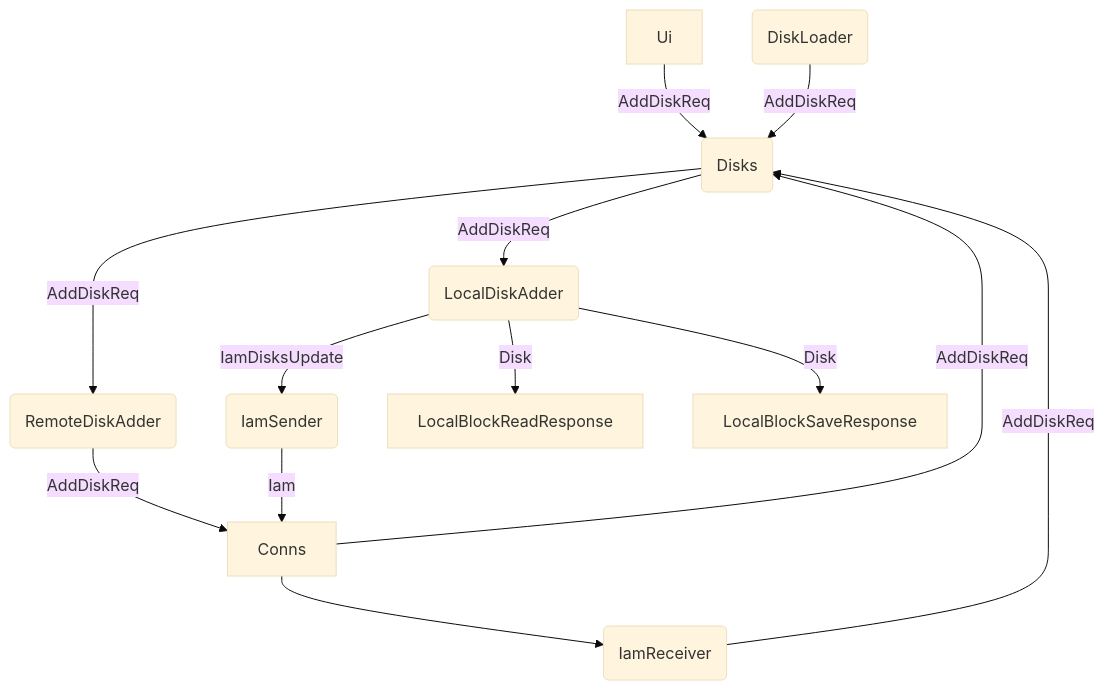
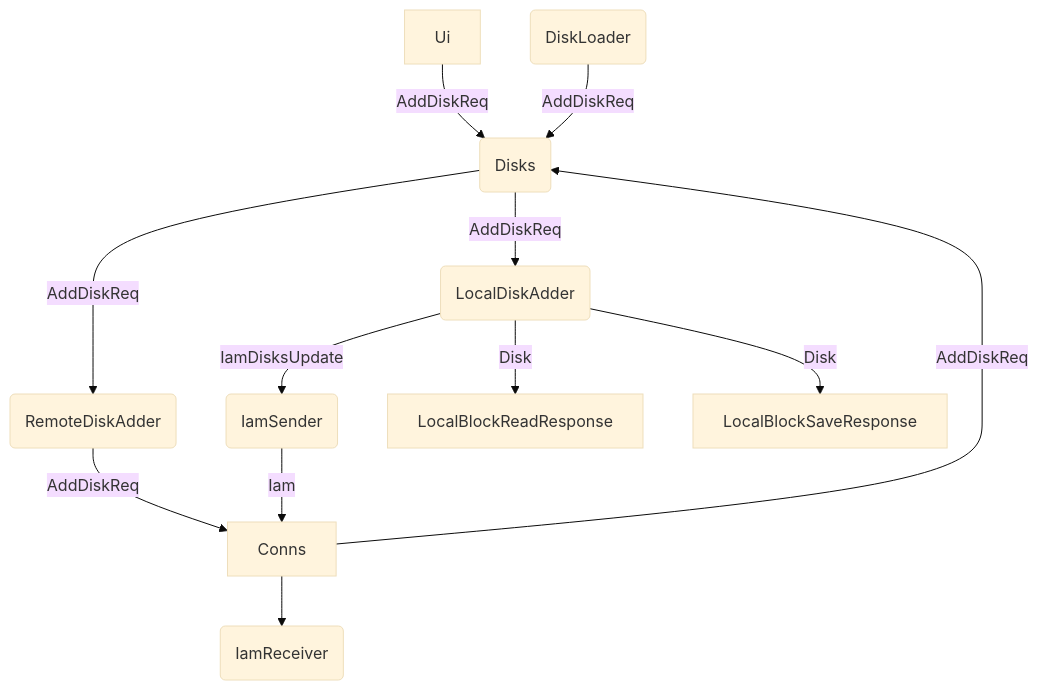
One commit to roboadam/tealfs changed the diagram in pkg/disk/disks.mmd. Above: the diagram before and after it, drawn with Mermaid (base theme). The commit also changed 3 other files, not shown here.

```diff
--- a/pkg/disk/disks.mmd
+++ b/pkg/disk/disks.mmd
@@ -1,13 +1,12 @@
 flowchart TD
     A[Ui] -->|AddDiskReq| B(Disks)
     B -->|AddDiskReq| I(LocalDiskAdder)
     B -->|AddDiskReq| J(RemoteDiskAdder)
     J -->|AddDiskReq| C[Conns]
     C -->|AddDiskReq| B
     D(DiskLoader) -->|AddDiskReq| B
     I --> |IamDisksUpdate| E(IamSender)
     E -->|Iam| C
     C --> F(IamReceiver)
-    F --> |AddDiskReq|B
     I --> |Disk| G[LocalBlockReadResponse]
     I --> |Disk| H[LocalBlockSaveResponse]
```
